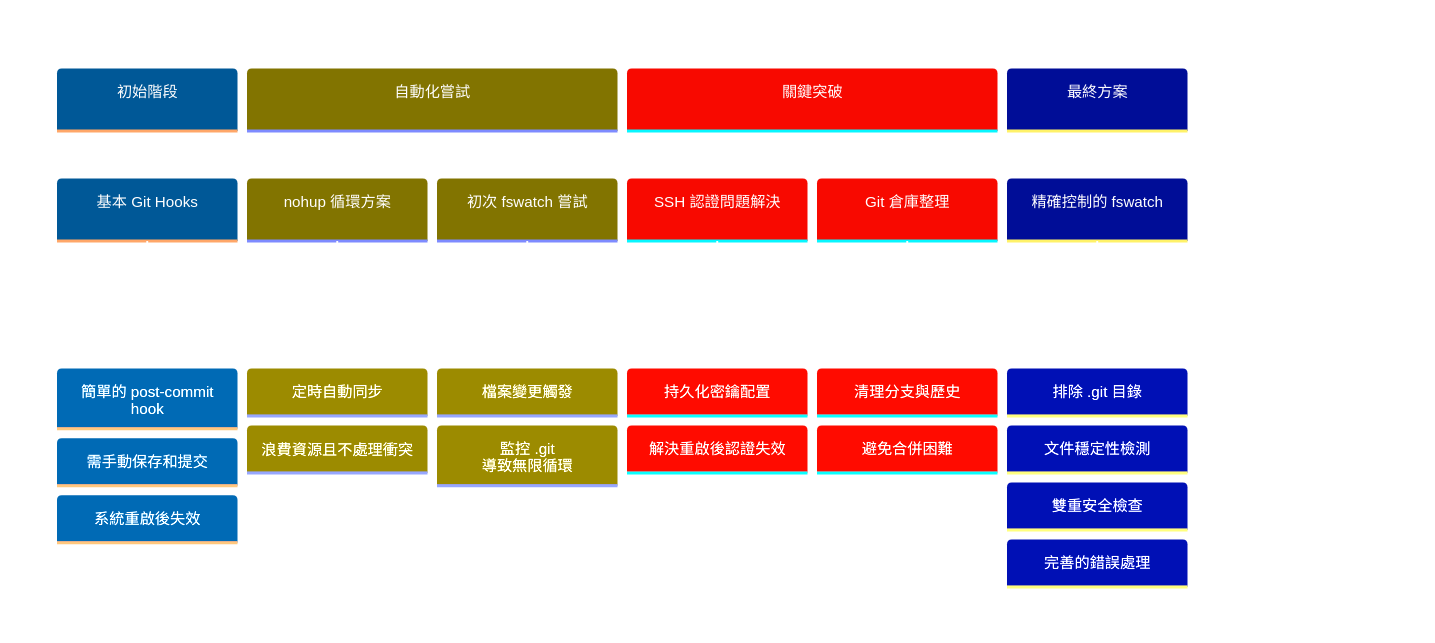
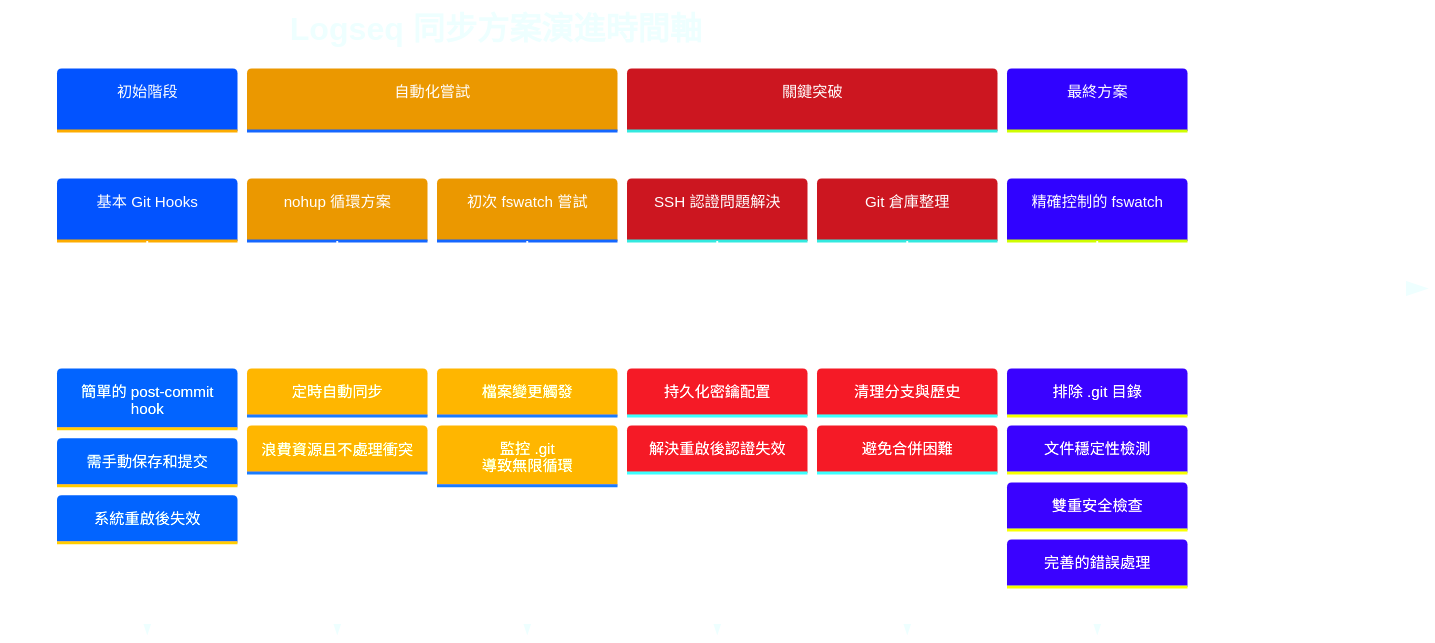
One commit to GengGeng026/Sync-Logseq changed the first of 2 diagrams in Logseq同步方案演進記錄.md. Above: the diagram before and after it, drawn with Mermaid. The commit also changed other lines of this file, not shown here.

````diff
--- a/Logseq同步方案演進記錄.md
+++ b/Logseq同步方案演進記錄.md
@@ -20,44 +27,44 @@
 ```mermaid
 %%{init: {
   'theme': 'base', 
   'themeVariables': {
-    'primaryColor': '#179FFF',
+    'primaryColor': '#82AAFF',
     'primaryTextColor': '#FFFFFF',
-    'primaryBorderColor': '#179FFF',
-    'lineColor': '#651FFF',
-    'secondaryColor': '#FFE402',
-    'tertiaryColor': '#FF7D78',
+    'primaryBorderColor': '#82AAFF',
+    'lineColor': '#C792EA',
+    'secondaryColor': '#FFCB6B',
+    'tertiaryColor': '#F07178',
     'background': 'transparent',
-    'textColor': '#FFFFFF',
-    'nodeBorder': '#59B79A',
+    'textColor': '#EEFFFF',
+    'nodeBorder': '#89DDFF',
     'clusterBkg': 'transparent',
-    'titleColor': '#FFFFFF',
+    'titleColor': '#EEFFFF',
     'sectionBkgColor': '#273747',
     'sectionBkgColor2': '#334455',
     'sectionBkgColor3': '#3A4A5A',
     'sectionBkgColor4': '#42546A',
     'sectionBkgColor5': '#4B5E78'
   }
 }}%%
 timeline
     title Logseq 同步方案演進時間軸
     section 初始階段
         基本 Git Hooks : 簡單的 post-commit hook
         : 需手動保存和提交
         : 系統重啟後失效
     section 自動化嘗試
         nohup 循環方案 : 定時自動同步
         : 浪費資源且不處理衝突
         初次 fswatch 嘗試 : 檔案變更觸發
         : 監控 .git 導致無限循環
     section 關鍵突破
         SSH 認證問題解決 : 持久化密鑰配置
         : 解決重啟後認證失效
         Git 倉庫整理 : 清理分支與歷史
         : 避免合併困難
     section 最終方案
         精確控制的 fswatch : 排除 .git 目錄
         : 文件穩定性檢測
         : 雙重安全檢查
         : 完善的錯誤處理
 ```
````
